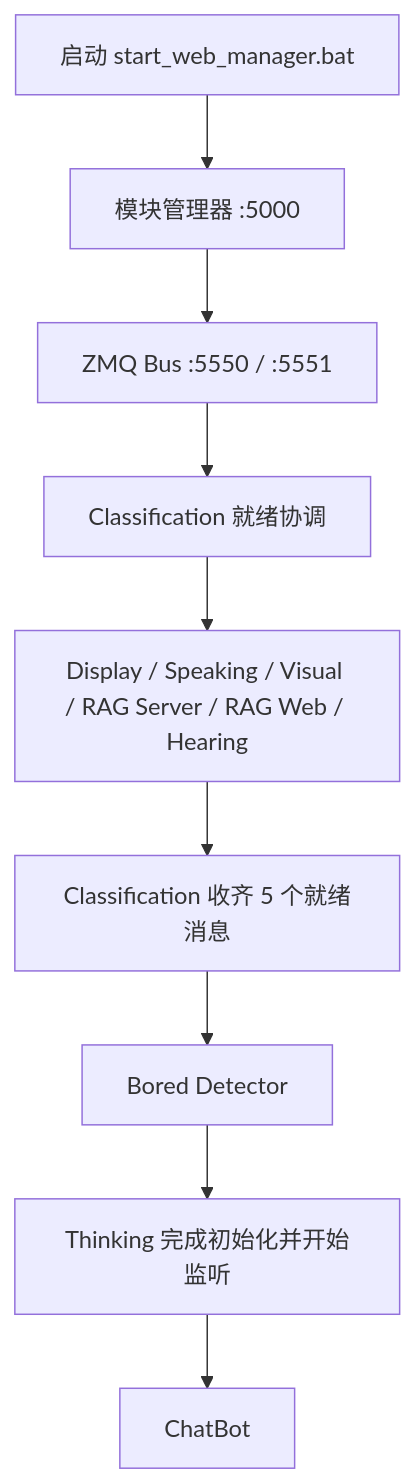
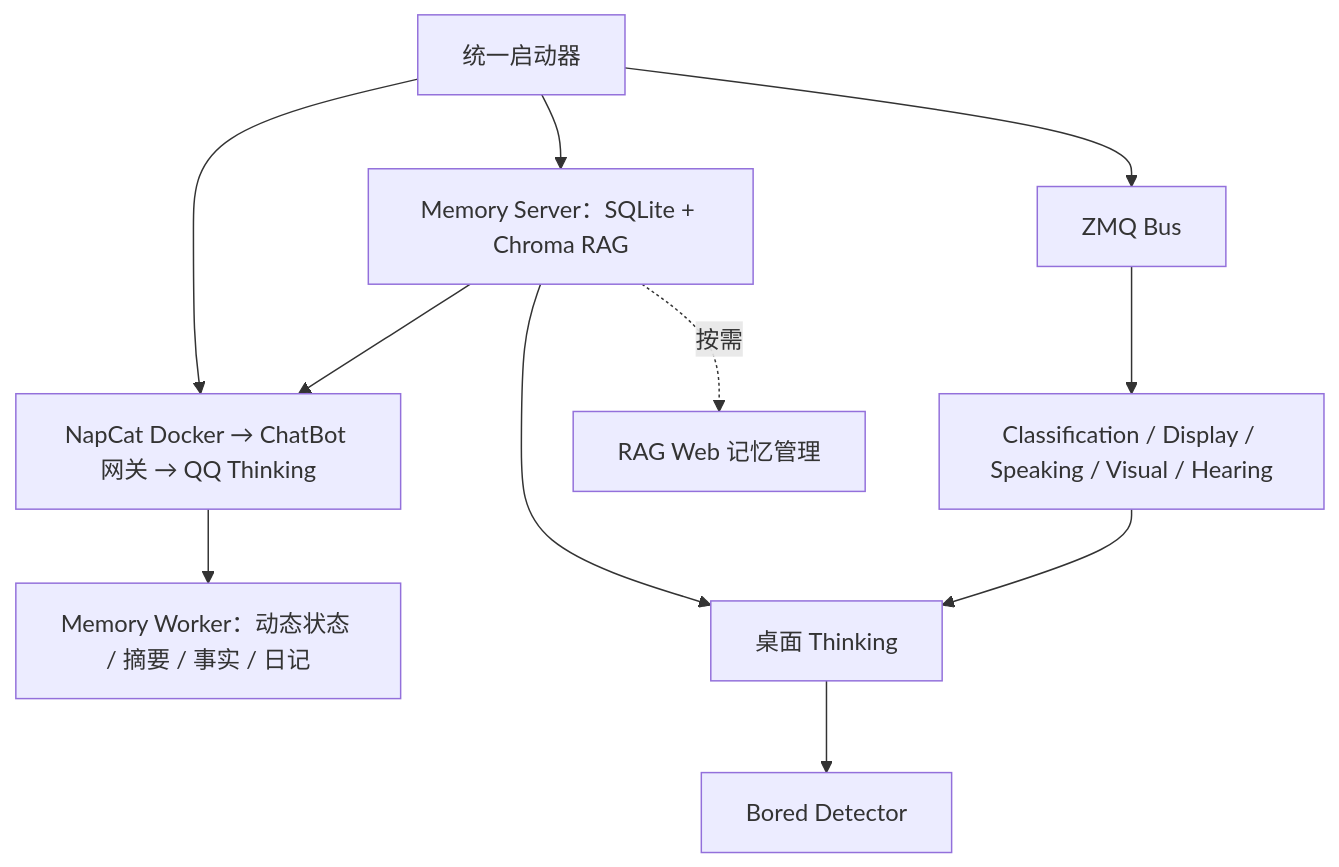
The diagram in START_HERE.md (yororoA/Bines), drawn with Mermaid before and after one commit. The commit also changed other lines of this file and 186 other files, not shown here.

First line of the commit message:
feat(bines): 重构 QQ/NapCat 链路，完善统一记忆与持续自主活动 (#12)

````diff
--- a/START_HERE.md
+++ b/START_HERE.md
@@ -18,11 +95,13 @@
 ```mermaid
 flowchart TD
-    A[启动 start_web_manager.bat] --> B[模块管理器 :5000]
-    B --> C[ZMQ Bus :5550 / :5551]
-    C --> D[Classification 就绪协调]
-    D --> E[Display / Speaking / Visual / RAG Server / RAG Web / Hearing]
-    E --> F[Classification 收齐 5 个就绪消息]
-    F --> G[Bored Detector]
-    G --> H[Thinking 完成初始化并开始监听]
-    H --> I[ChatBot]
+    A[统一启动器] --> Q[NapCat Docker → ChatBot 网关 → QQ Thinking]
+    Q --> W[Memory Worker：动态状态 / 摘要 / 事实 / 日记]
+    A --> C[ZMQ Bus]
+    C --> D[Classification / Display / Speaking / Visual / Hearing]
+    A --> M[Memory Server：SQLite + Chroma RAG]
+    M --> Q
+    M --> T
+    D --> T[桌面 Thinking]
+    T --> B[Bored Detector]
+    M -.按需.-> R[RAG Web 记忆管理]
 ```
````
